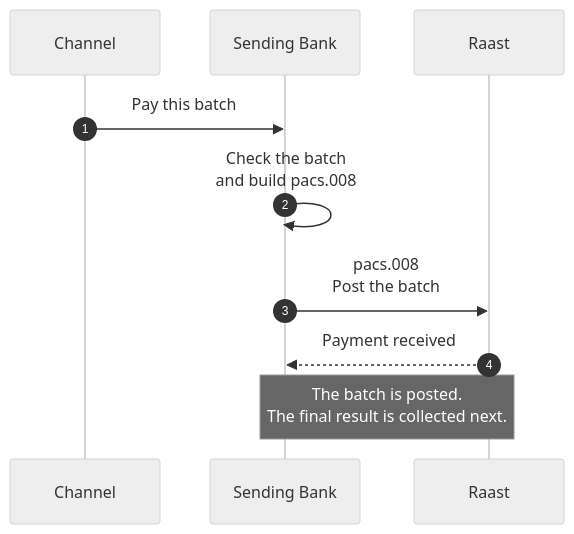
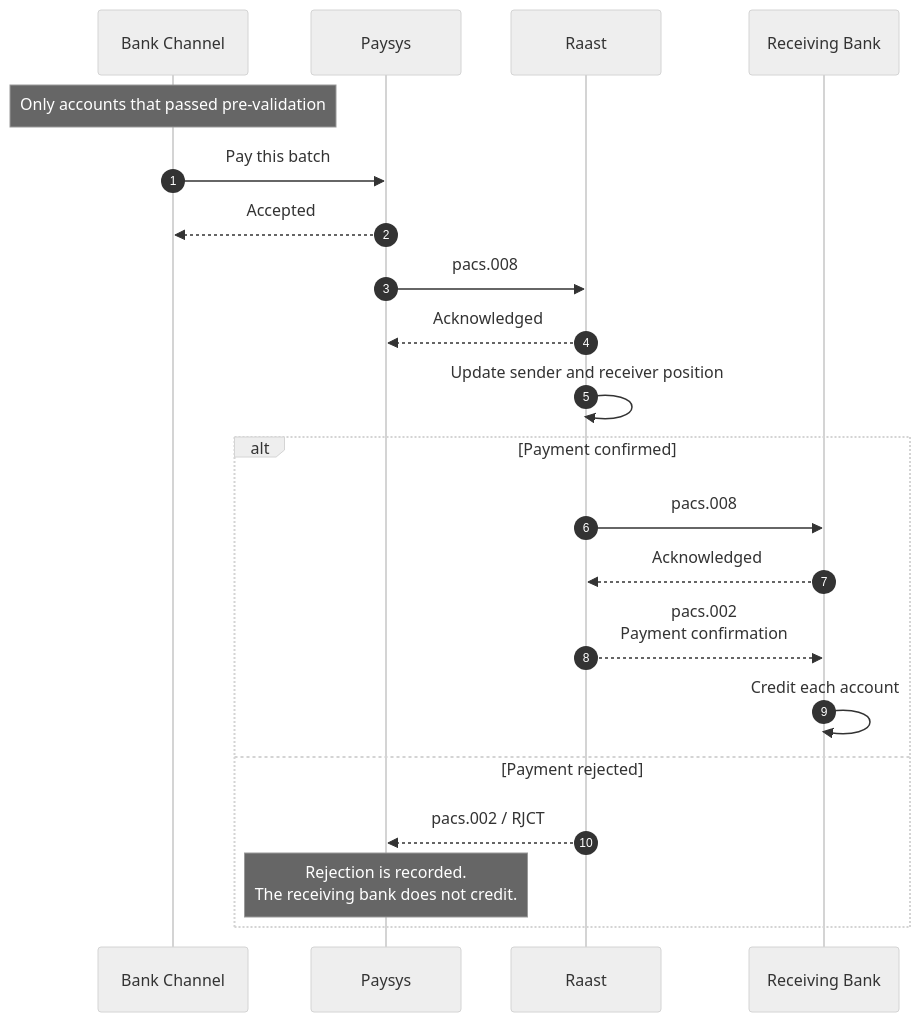
Before and after one commit to HuzaifaTanzeel/raast-training-public: the second of 6 diagrams in modules/05-bulk-payments/05_Raast_Bulk_Sending_Overview.md, drawn with Mermaid (neutral theme). The commit also changed other lines of this file and 2 other files, not shown here.

Commit message:
Align bulk sending with the Paysys path to Raast.

````diff
--- a/modules/05-bulk-payments/05_Raast_Bulk_Sending_Overview.md
+++ b/modules/05-bulk-payments/05_Raast_Bulk_Sending_Overview.md
@@ -61,13 +75,25 @@
 ```mermaid
 sequenceDiagram
     autonumber
-    participant C as Channel
-    participant B as Sending Bank
+    participant C as Bank Channel
+    participant P as Paysys
     participant R as Raast
+    participant BB as Receiving Bank
 
-    C->>B: Pay this batch
-    B->>B: Check the batch<br/>and build pacs.008
-    B->>R: pacs.008<br/>Post the batch
-    R-->>B: Payment received
-    Note over B,R: The batch is posted.<br/>The final result is collected next.
+    Note over C: Only accounts that passed pre-validation
+    C->>P: Pay this batch
+    P-->>C: Accepted
+    P->>R: pacs.008
+    R-->>P: Acknowledged
+    R->>R: Update sender and receiver position
+
+    alt Payment confirmed
+        R->>BB: pacs.008
+        BB-->>R: Acknowledged
+        R-->>BB: pacs.002<br/>Payment confirmation
+        BB->>BB: Credit each account
+    else Payment rejected
+        R-->>P: pacs.002 / RJCT
+        Note over P: Rejection is recorded.<br/>The receiving bank does not credit.
+    end
 ```
````
